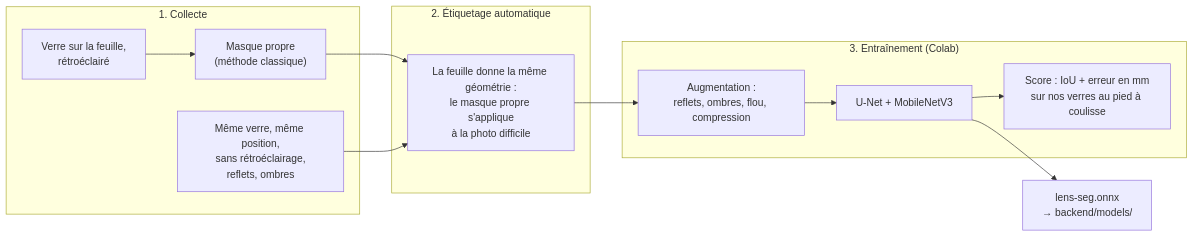
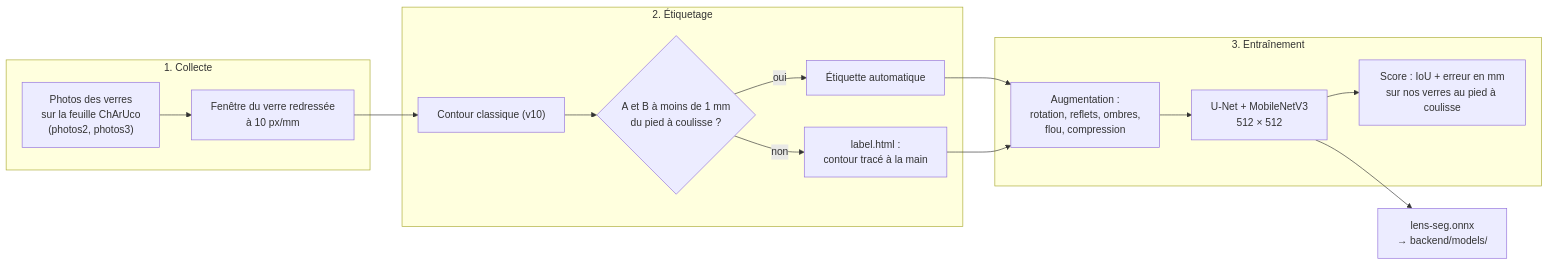
The first of 2 diagrams in docs/donnees-ia.md (CodeMLYummy/optiframe), drawn with Mermaid before and after one commit. The commit also changed other lines of this file, not shown here.

First line of the commit message:
docs: dataset, training and model results in donnees-ia.md

````diff
--- a/docs/donnees-ia.md
+++ b/docs/donnees-ia.md
@@ -5,19 +5,21 @@
 ```mermaid
 flowchart LR
     subgraph COLLECT["1. Collecte"]
-        G1["Verre sur la feuille,<br/>rétroéclairé"] --> MASK["Masque propre<br/>(méthode classique)"]
-        G2["Même verre, même position,<br/>sans rétroéclairage,<br/>reflets, ombres"]
+        PH["Photos des verres<br/>sur la feuille ChArUco<br/>(photos2, photos3)"] --> RECT["Fenêtre du verre redressée<br/>à 10 px/mm"]
     end
-    subgraph LABEL["2. Étiquetage automatique"]
-        PAIR["La feuille donne la même géométrie :<br/>le masque propre s'applique<br/>à la photo difficile"]
+    subgraph LABEL["2. Étiquetage"]
+        V10["Contour classique (v10)"] --> CHK{"A et B à moins de 1 mm<br/>du pied à coulisse ?"}
+        CHK -- oui --> AUTO["Étiquette automatique"]
+        CHK -- non --> HAND["label.html :<br/>contour tracé à la main"]
     end
-    subgraph TRAINING["3. Entraînement (Colab)"]
-        AUG["Augmentation :<br/>reflets, ombres, flou, compression"]
-        UNET["U-Net + MobileNetV3"]
+    subgraph TRAINING["3. Entraînement"]
+        AUG["Augmentation :<br/>rotation, reflets, ombres,<br/>flou, compression"]
+        UNET["U-Net + MobileNetV3<br/>512 × 512"]
         METRIC["Score : IoU + erreur en mm<br/>sur nos verres au pied à coulisse"]
     end
-    MASK --> PAIR
-    G2 --> PAIR
-    PAIR --> AUG --> UNET --> METRIC
+    RECT --> V10
+    AUTO --> AUG
+    HAND --> AUG
+    AUG --> UNET --> METRIC
     UNET --> ONNX["lens-seg.onnx<br/>→ backend/models/"]
 ```
````
